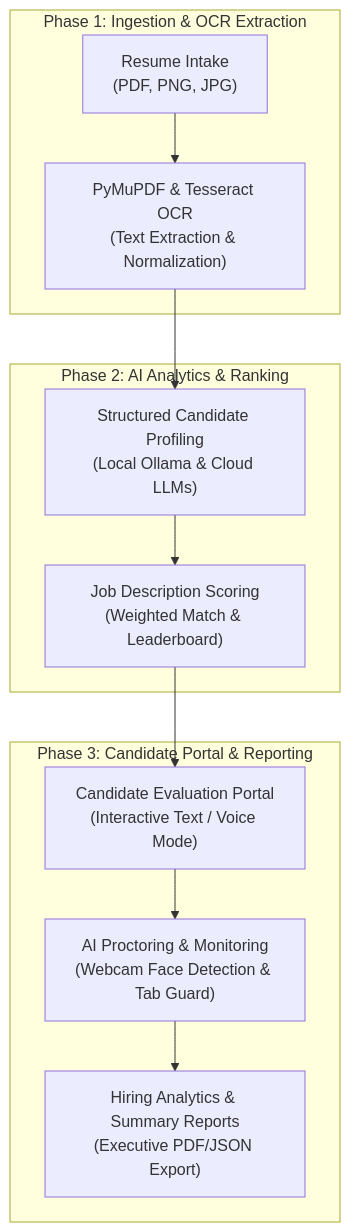
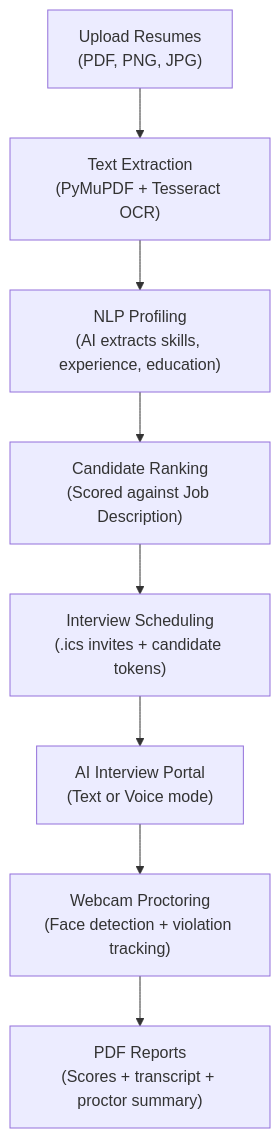
The diagram in README.md (shrs425p/AI-Recruitment-System), drawn with Mermaid before and after one commit. The commit also changed other lines of this file, not shown here.

````diff
--- a/README.md
+++ b/README.md
@@ -13,17 +9,10 @@
 ```mermaid
 flowchart TD
-    subgraph Ingestion["Phase 1: Ingestion & OCR Extraction"]
-        A["Resume Intake<br/>(PDF, PNG, JPG)"] --> B["PyMuPDF & Tesseract OCR<br/>(Text Extraction & Normalization)"]
-    end
-
-    subgraph Intelligence["Phase 2: AI Analytics & Ranking"]
-        B --> C["Structured Candidate Profiling<br/>(Local Ollama & Cloud LLMs)"]
-        C --> D["Job Description Scoring<br/>(Weighted Match & Leaderboard)"]
-    end
-
-    subgraph Evaluation["Phase 3: Candidate Portal & Reporting"]
-        D --> E["Candidate Evaluation Portal<br/>(Interactive Text / Voice Mode)"]
-        E --> F["AI Proctoring & Monitoring<br/>(Webcam Face Detection & Tab Guard)"]
-        F --> G["Hiring Analytics & Summary Reports<br/>(Executive PDF/JSON Export)"]
-    end
+    A["Upload Resumes\n(PDF, PNG, JPG)"] --> B["Text Extraction\n(PyMuPDF + Tesseract OCR)"]
+    B --> C["NLP Profiling\n(AI extracts skills, experience, education)"]
+    C --> D["Candidate Ranking\n(Scored against Job Description)"]
+    D --> E["Interview Scheduling\n(.ics invites + candidate tokens)"]
+    E --> F["AI Interview Portal\n(Text or Voice mode)"]
+    F --> G["Webcam Proctoring\n(Face detection + violation tracking)"]
+    G --> H["PDF Reports\n(Scores + transcript + proctor summary)"]
 ```
````
